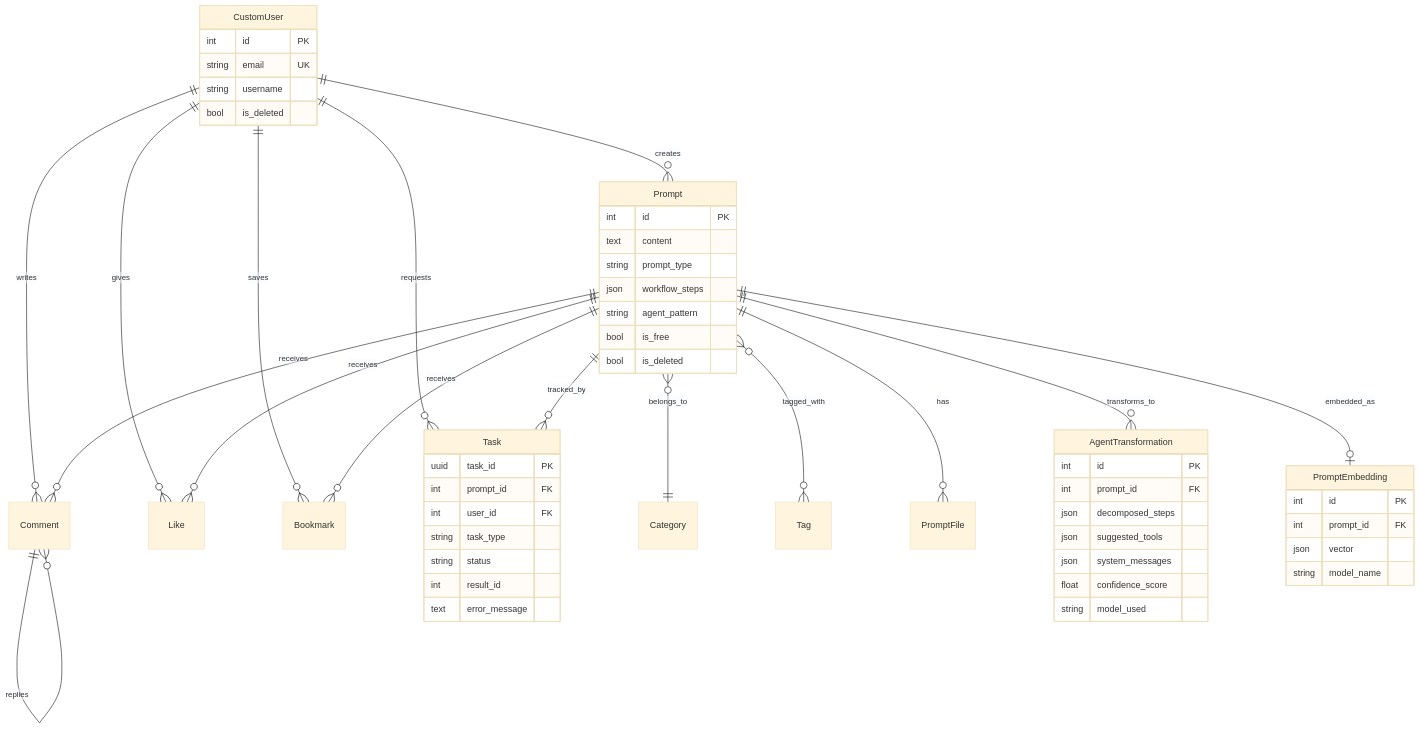
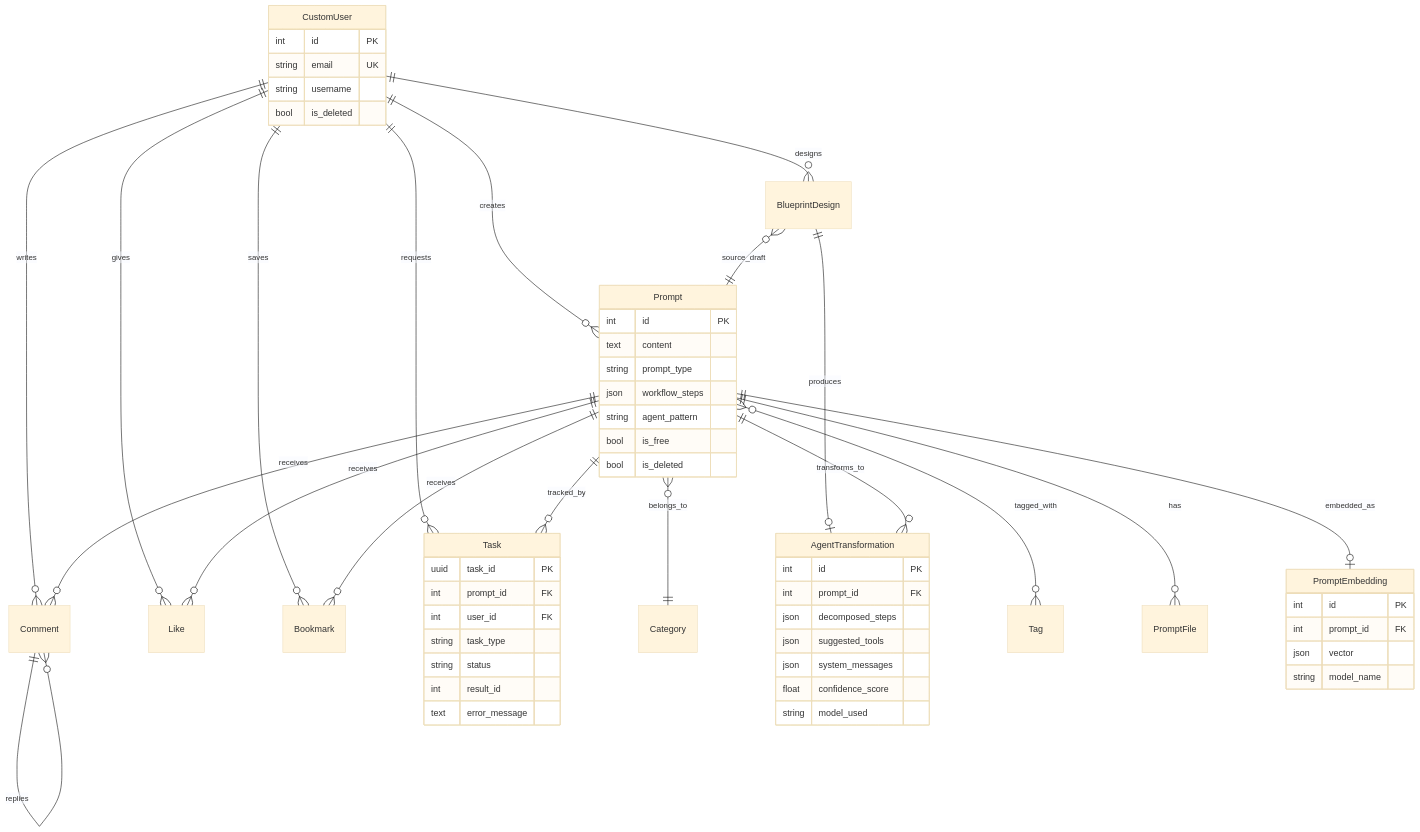
Before and after one commit to soyoungflow/Promptory: the second of 3 diagrams in docs/phases/DATA_MODEL_BY_PHASE.md, drawn with Mermaid (base theme). The commit also changed other lines of this file and 16 other files, not shown here.

````diff
--- a/docs/phases/DATA_MODEL_BY_PHASE.md
+++ b/docs/phases/DATA_MODEL_BY_PHASE.md
@@ -109,65 +110,68 @@
 ```mermaid
 erDiagram
   CustomUser ||--o{ Prompt : creates
   CustomUser ||--o{ Comment : writes
   CustomUser ||--o{ Like : gives
   CustomUser ||--o{ Bookmark : saves
   CustomUser ||--o{ Task : requests
+  CustomUser ||--o{ BlueprintDesign : designs
 
   Prompt }o--|| Category : belongs_to
+  BlueprintDesign ||--o| AgentTransformation : produces
+  BlueprintDesign }o--|| Prompt : source_draft
   Prompt }o--o{ Tag : tagged_with
   Prompt ||--o{ PromptFile : has
   Prompt ||--o{ Comment : receives
   Prompt ||--o{ Like : receives
   Prompt ||--o{ Bookmark : receives
 
   Prompt ||--o{ AgentTransformation : transforms_to
   Prompt ||--o| PromptEmbedding : embedded_as
   Prompt ||--o{ Task : tracked_by
 
   Comment ||--o{ Comment : replies
 
   CustomUser {
     int id PK
     string email UK
     string username
     bool is_deleted
   }
 
   Prompt {
     int id PK
     text content
     string prompt_type
     json workflow_steps
     string agent_pattern
     bool is_free
     bool is_deleted
   }
 
   AgentTransformation {
     int id PK
     int prompt_id FK
     json decomposed_steps
     json suggested_tools
     json system_messages
     float confidence_score
     string model_used
   }
 
   PromptEmbedding {
     int id PK
     int prompt_id FK
     json vector
     string model_name
   }
 
   Task {
     uuid task_id PK
     int prompt_id FK
     int user_id FK
     string task_type
     string status
     int result_id
     text error_message
   }
 ```
````
